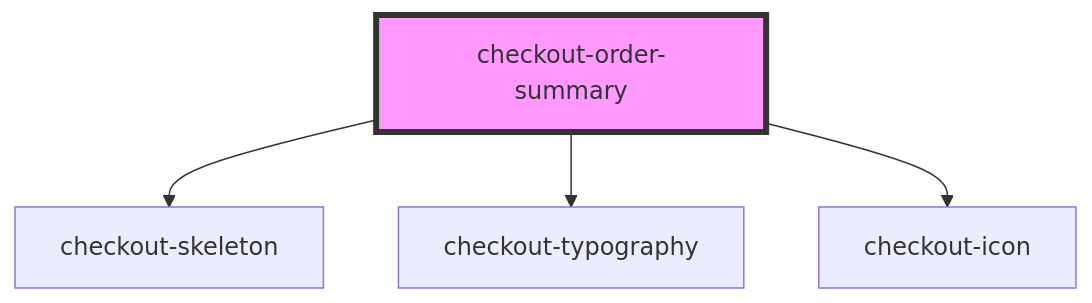
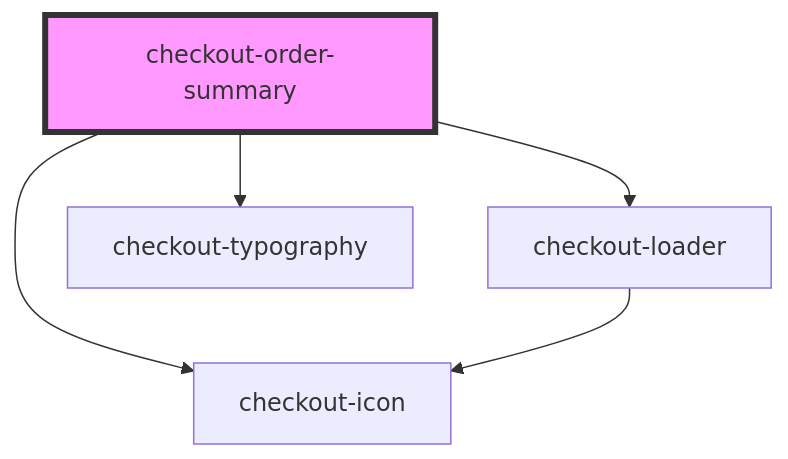
Before and after one commit to plughacker/malga-checkout: the diagram in packages/common/src/components/checkout-order-summary/readme.md, drawn with Mermaid. The commit also changed other lines of this file and 23 other files, not shown here.

Commit message:
feat(checkout-loaders): added the loader component, checkout/full loading states

````diff
--- a/packages/common/src/components/checkout-order-summary/readme.md
+++ b/packages/common/src/components/checkout-order-summary/readme.md
@@ -30,7 +30,8 @@
 ```mermaid
 graph TD;
-  checkout-order-summary --> checkout-skeleton
+  checkout-order-summary --> checkout-loader
   checkout-order-summary --> checkout-typography
   checkout-order-summary --> checkout-icon
+  checkout-loader --> checkout-icon
   style checkout-order-summary fill:#f9f,stroke:#333,stroke-width:4px
 ```
````
